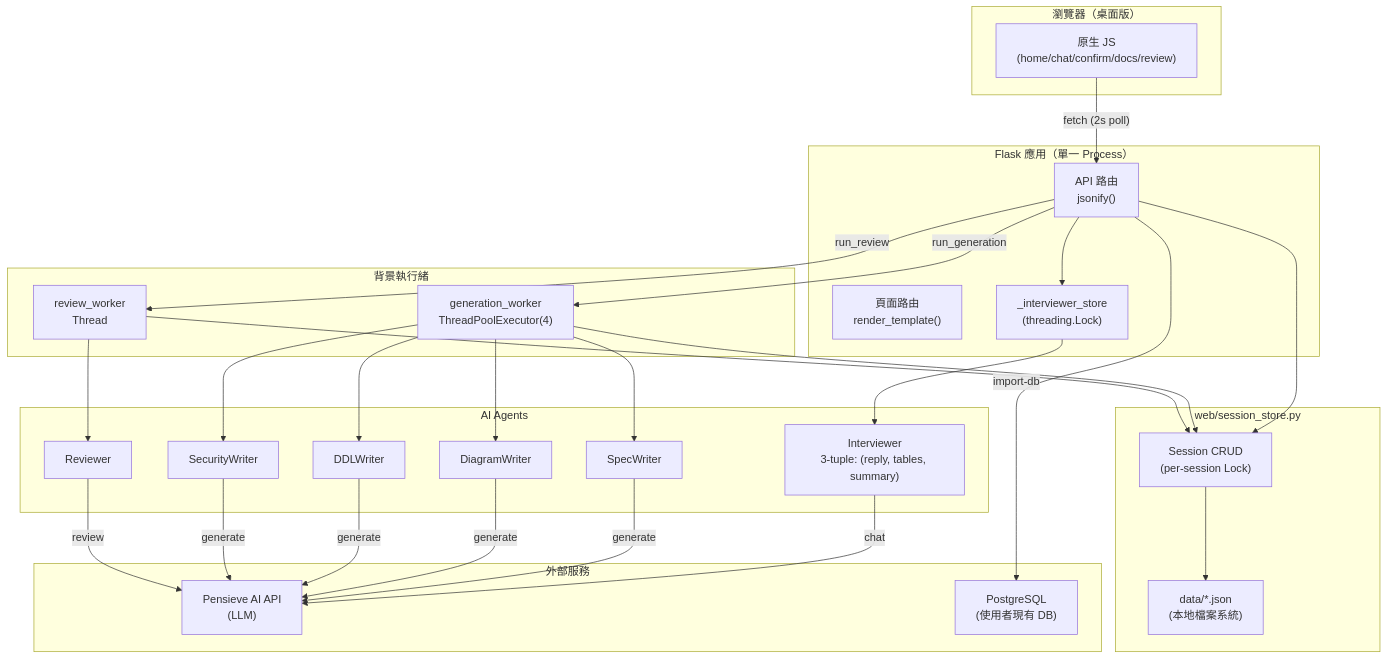
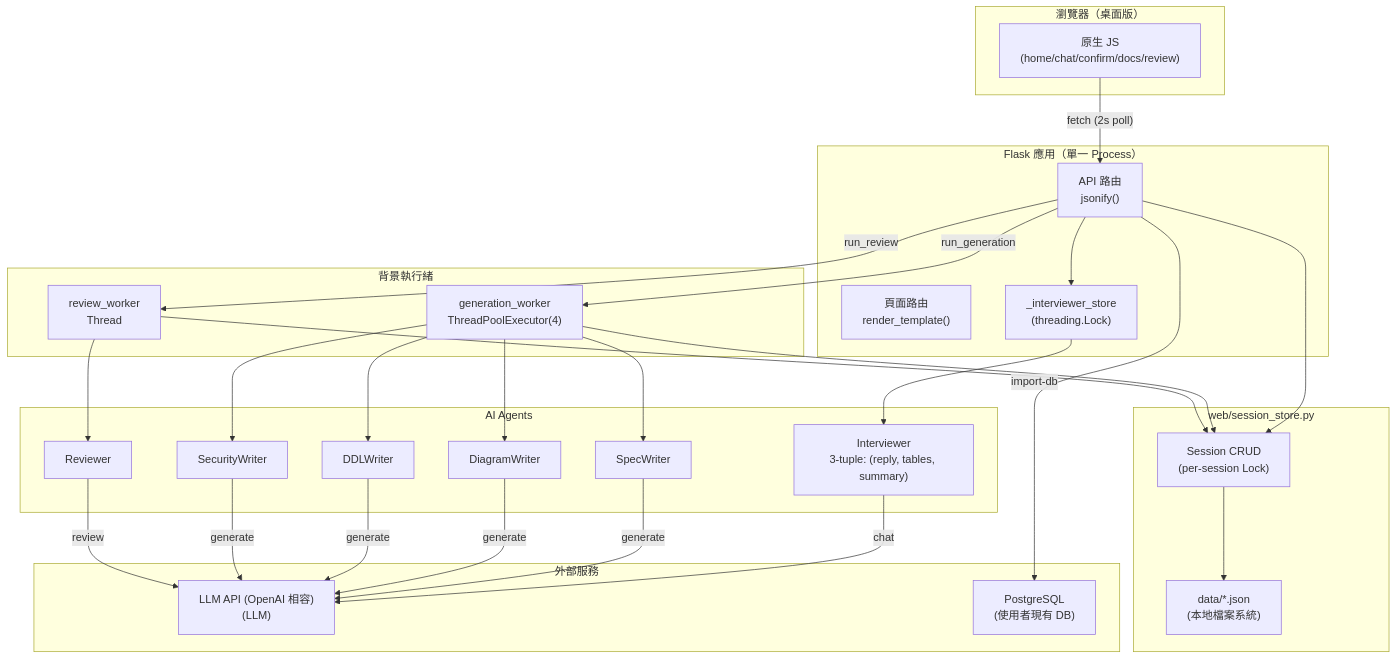
Before and after one commit to jjaass9507/SQL_agent: the first of 2 diagrams in docs/system_architecture.md, drawn with Mermaid. The commit also changed other lines of this file and 16 other files, not shown here.

First line of the commit message:
Phase 0: LLM 客戶端改接 OpenAI 相容 Chat Completions API

````diff
--- a/docs/system_architecture.md
+++ b/docs/system_architecture.md
@@ -7,51 +7,51 @@
 ```mermaid
 flowchart TD
     subgraph Browser ["瀏覽器（桌面版）"]
         UI["原生 JS\n(home/chat/confirm/docs/review)"]
     end
 
     subgraph Flask ["Flask 應用（單一 Process）"]
         PR["頁面路由\nrender_template()"]
         AR["API 路由\njsonify()"]
         IS["_interviewer_store\n(threading.Lock)"]
     end
 
     subgraph Store ["web/session_store.py"]
         CRUD["Session CRUD\n(per-session Lock)"]
         JSON["data/*.json\n(本地檔案系統)"]
     end
 
     subgraph Workers ["背景執行緒"]
         GW["generation_worker\nThreadPoolExecutor(4)"]
         RW["review_worker\nThread"]
     end
 
     subgraph Agents ["AI Agents"]
         IV["Interviewer\n3-tuple: (reply, tables, summary)"]
         RV["Reviewer"]
         SP["SpecWriter"]
         DW["DiagramWriter"]
         DL["DDLWriter"]
         SW["SecurityWriter"]
     end
 
     subgraph External ["外部服務"]
-        PA["Pensieve AI API\n(LLM)"]
+        PA["LLM API (OpenAI 相容)\n(LLM)"]
         PG["PostgreSQL\n(使用者現有 DB)"]
     end
 
     UI -->|"fetch (2s poll)"| AR
     AR --> CRUD
     CRUD --> JSON
     AR --> IS
     IS --> IV
     IV -->|chat| PA
     AR -->|run_generation| GW
     AR -->|run_review| RW
     GW --> SP & DW & DL & SW
     SP & DW & DL & SW -->|generate| PA
     RW --> RV
     RV -->|review| PA
     GW & RW --> CRUD
     AR -->|import-db| PG
 ```
````
